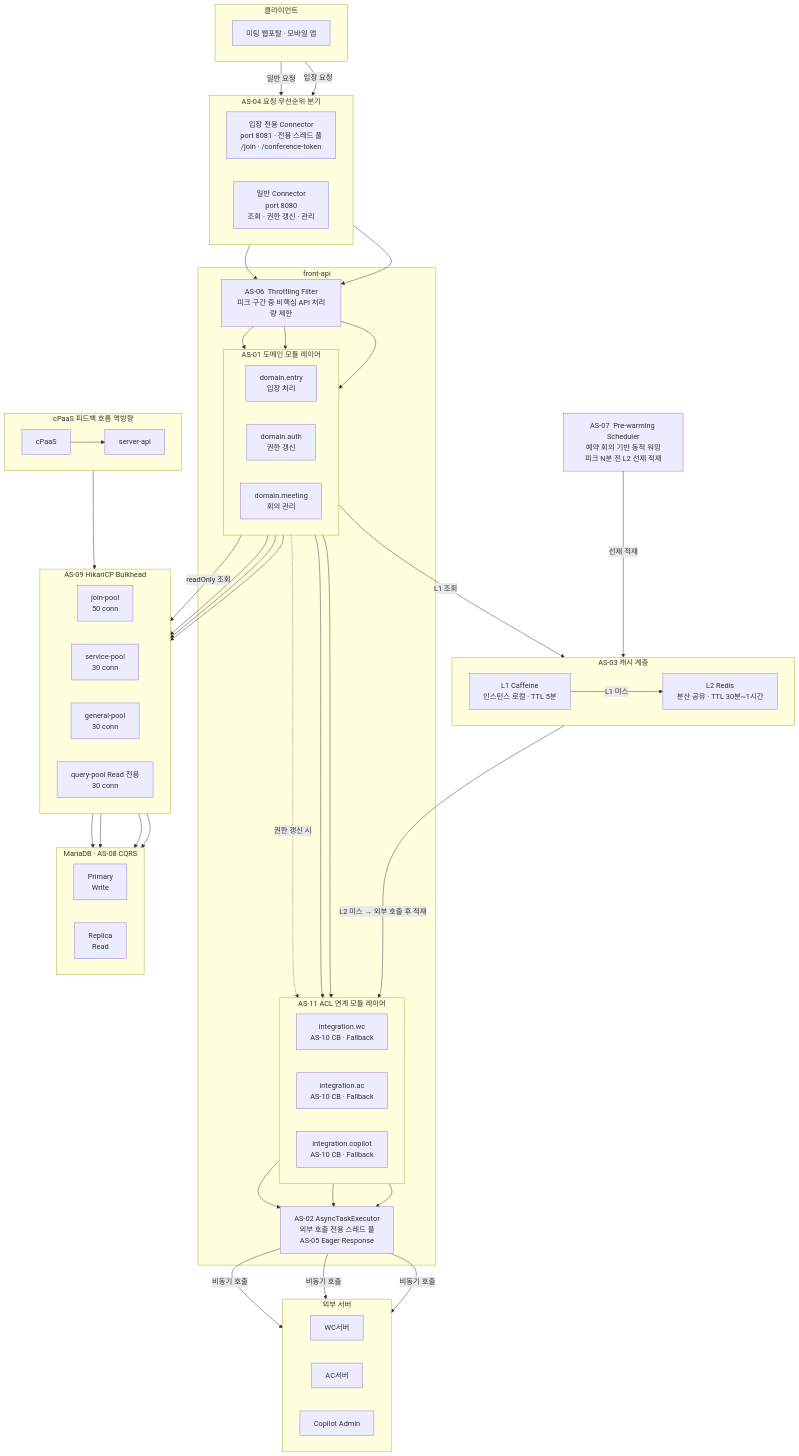
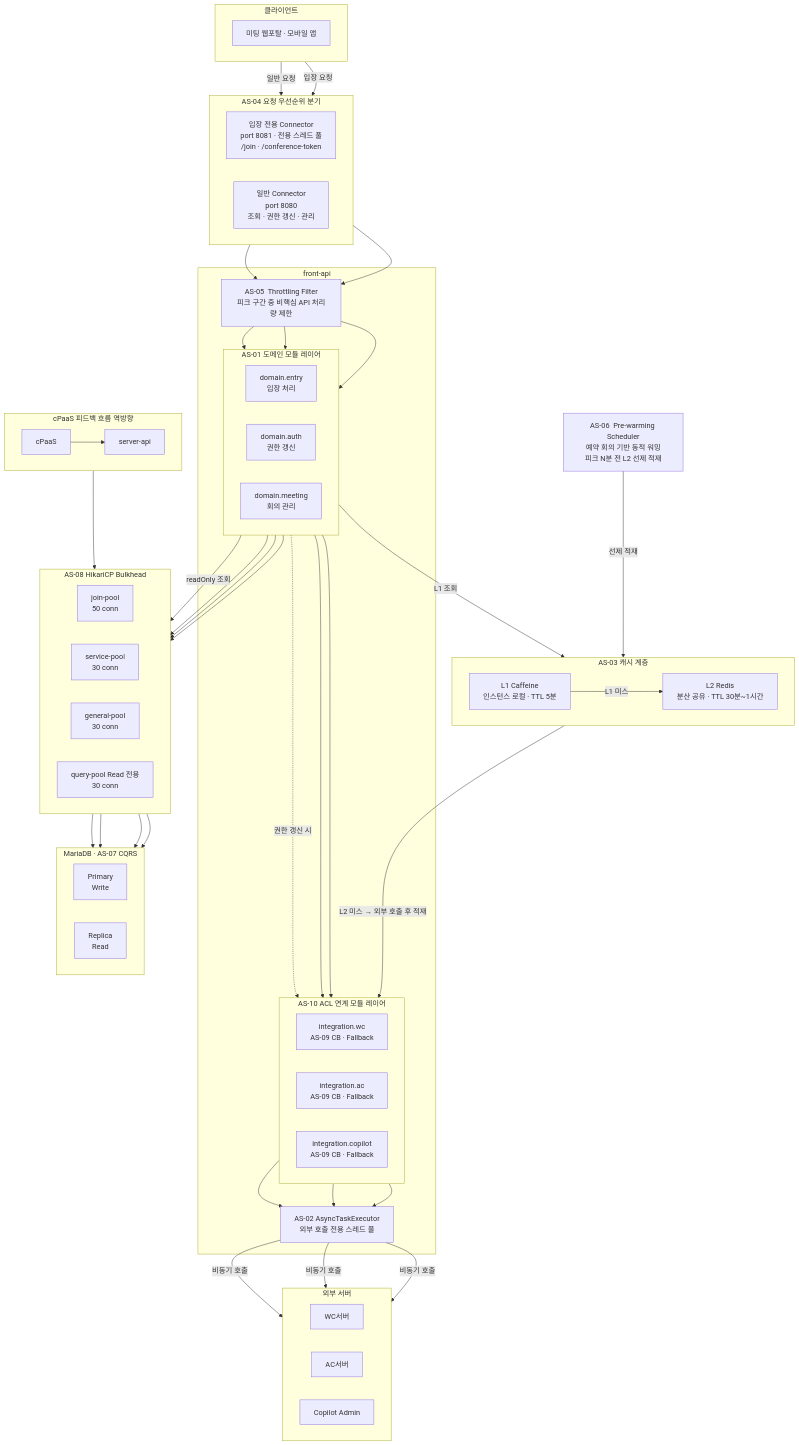
The diagram in docs/05-architecture-design/4.1-conceptual/4.1.1-concept-diagram.md (sujinnkim/A_Personal), drawn with Mermaid before and after one commit. The commit also changed other lines of this file and 36 other files, not shown here.

First line of the commit message:
docs/report: UC 다이어그램 정리, AS 채번·전략명 정비, 대안별 mermaid 도식 추가 및 그림 전체 채번

```diff
--- a/docs/05-architecture-design/4.1-conceptual/4.1.1-concept-diagram.md
+++ b/docs/05-architecture-design/4.1-conceptual/4.1.1-concept-diagram.md
@@ -21,7 +21,7 @@
     end
 
     subgraph FRONTAPI["front-api"]
-        THROT["AS-06  Throttling Filter\n피크 구간 중 비핵심 API 처리량 제한"]
+        THROT["AS-05  Throttling Filter\n피크 구간 중 비핵심 API 처리량 제한"]
 
         subgraph DOMAIN["AS-01  도메인 모듈 레이어"]
             direction LR
@@ -30,14 +30,14 @@
             MEET["domain.meeting\n회의 관리"]
         end
 
-        subgraph ACL_MOD["AS-11  ACL 연계 모듈 레이어"]
+        subgraph ACL_MOD["AS-10  ACL 연계 모듈 레이어"]
             direction LR
-            WC_INT["integration.wc\nAS-10 CB · Fallback"]
-            AC_INT["integration.ac\nAS-10 CB · Fallback"]
-            CP_INT["integration.copilot\nAS-10 CB · Fallback"]
+            WC_INT["integration.wc\nAS-09 CB · Fallback"]
+            AC_INT["integration.ac\nAS-09 CB · Fallback"]
+            CP_INT["integration.copilot\nAS-09 CB · Fallback"]
         end
 
-        ASYNC["AS-02  AsyncTaskExecutor\n외부 호출 전용 스레드 풀\nAS-05  Eager Response"]
+        ASYNC["AS-02  AsyncTaskExecutor\n외부 호출 전용 스레드 풀"]
     end
 
     subgraph CACHE_LAYER["AS-03  캐시 계층"]
@@ -46,9 +46,9 @@
         L2["L2 Redis\n분산 공유 · TTL 30분~1시간"]
     end
 
-    PREWARM["AS-07  Pre-warming Scheduler\n예약 회의 기반 동적 워밍\n피크 N분 전 L2 선제 적재"]
+    PREWARM["AS-06  Pre-warming Scheduler\n예약 회의 기반 동적 워밍\n피크 N분 전 L2 선제 적재"]
 
-    subgraph BULKHEAD["AS-09  HikariCP Bulkhead"]
+    subgraph BULKHEAD["AS-08  HikariCP Bulkhead"]
         direction LR
         JP["join-pool\n50 conn"]
         SP["service-pool\n30 conn"]
@@ -56,7 +56,7 @@
         QP["query-pool  Read 전용\n30 conn"]
     end
 
-    subgraph DB_LAYER["MariaDB  ·  AS-08  CQRS"]
+    subgraph DB_LAYER["MariaDB  ·  AS-07  CQRS"]
         direction LR
         PRI["Primary\nWrite"]
         REP["Replica\nRead"]
```
